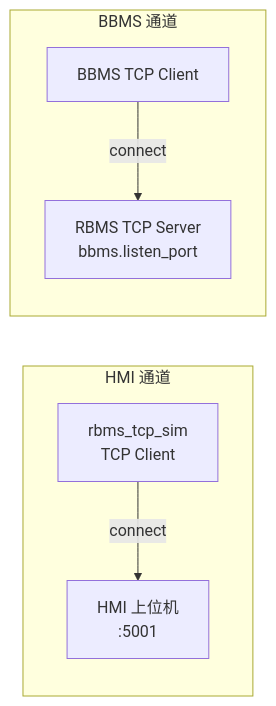
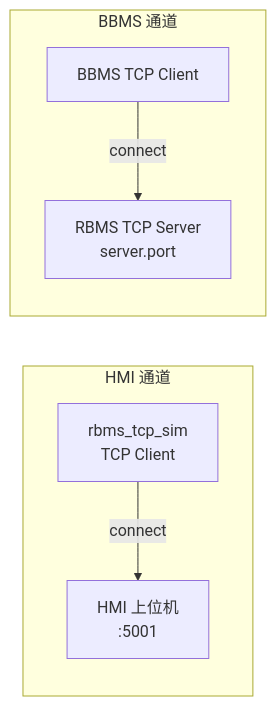
The diagram in 4.rbms_tcp_sim/README.md (ffsxsy/py_work_script_repo), drawn with Mermaid before and after one commit. The commit also changed other lines of this file and 25 other files, not shown here.

First line of the commit message:
rbms_tcp_sim: 单通道 CLI、固定间隔调度与 Rx 行为修正

````diff
--- a/4.rbms_tcp_sim/README.md
+++ b/4.rbms_tcp_sim/README.md
@@ -7,13 +7,13 @@
 ```mermaid
 flowchart LR
     subgraph hmi [HMI 通道]
         SimC[rbms_tcp_sim<br/>TCP Client]
         HMI[HMI 上位机<br/>:5001]
         SimC -->|connect| HMI
     end
     subgraph bbms [BBMS 通道]
         BBMS[BBMS TCP Client]
-        Srv[RBMS TCP Server<br/>bbms.listen_port]
+        Srv[RBMS TCP Server<br/>server.port]
         BBMS -->|connect| Srv
     end
 ```
````
